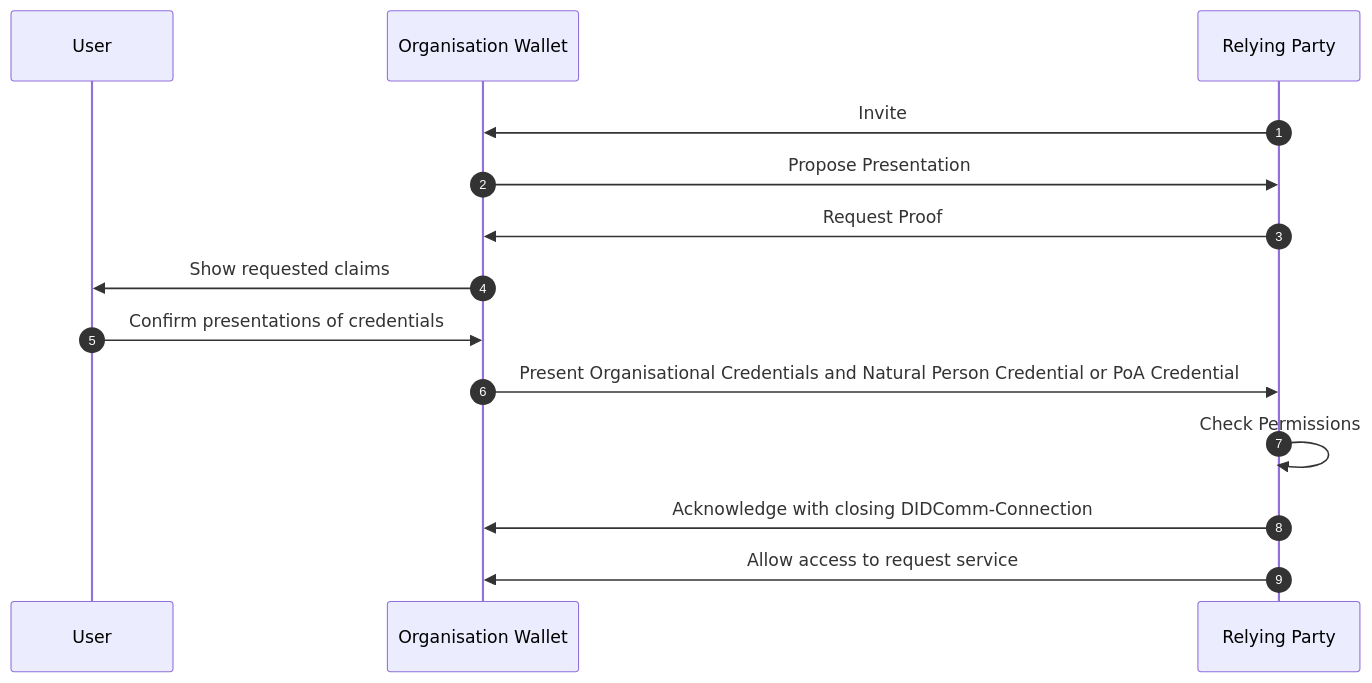
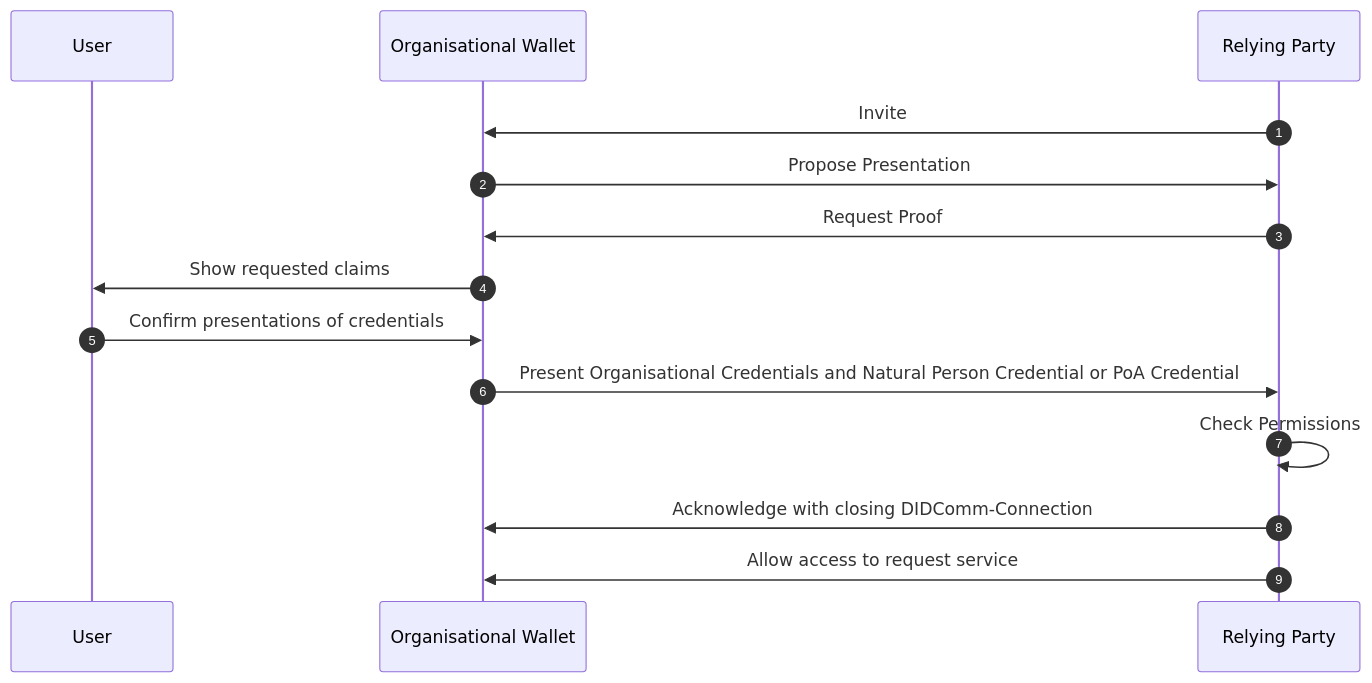
Before and after one commit to EWC-consortium/eudi-wallet-rfcs: the fourth of 4 diagrams in ewc-rfc010-issue-and-present-organisational-credentials.md, drawn with Mermaid. The commit also changed other lines of this file, not shown here.

````diff
--- a/ewc-rfc010-issue-and-present-organisational-credentials.md
+++ b/ewc-rfc010-issue-and-present-organisational-credentials.md
@@ -1257,18 +1257,18 @@
 ```mermaid
 sequenceDiagram
   autonumber
 
   participant User as User
-  participant OrgWallet as Organisation Wallet
+  participant OrgWallet as Organisational Wallet
   participant ServiceProvider as Relying Party
 
   ServiceProvider->>OrgWallet: Invite
   OrgWallet->>ServiceProvider: Propose Presentation
   ServiceProvider->>OrgWallet: Request Proof
   OrgWallet->>User: Show requested claims
   User->>OrgWallet: Confirm presentations of credentials
   OrgWallet->>ServiceProvider: Present Organisational Credentials and Natural Person Credential or PoA Credential
   ServiceProvider->>ServiceProvider: Check Permissions
   ServiceProvider->>OrgWallet: Acknowledge with closing DIDComm-Connection
   ServiceProvider->>OrgWallet: Allow access to request service
 ```
````
